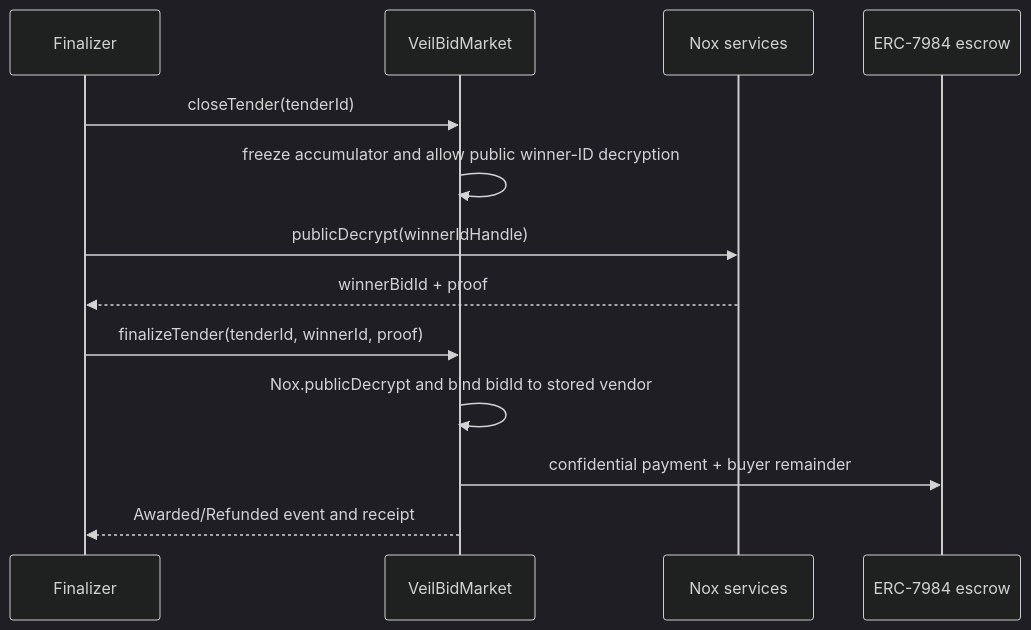
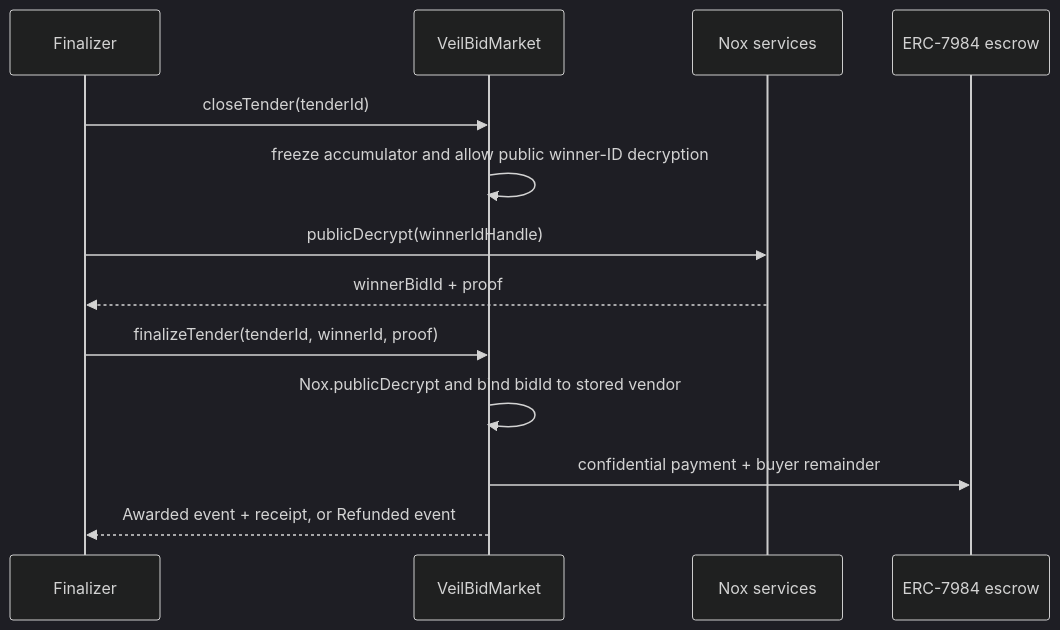
Before and after one commit to huutrungle2001/Veilbid: the second of 2 diagrams in docs/architecture.md, drawn with Mermaid (dark theme). The commit also changed other lines of this file and 7 other files, not shown here.

````diff
--- a/docs/architecture.md
+++ b/docs/architecture.md
@@ -124,16 +126,16 @@
 ```mermaid
 sequenceDiagram
     participant F as Finalizer
     participant M as VeilBidMarket
     participant N as Nox services
     participant E as ERC-7984 escrow
 
     F->>M: closeTender(tenderId)
     M->>M: freeze accumulator and allow public winner-ID decryption
     F->>N: publicDecrypt(winnerIdHandle)
     N-->>F: winnerBidId + proof
     F->>M: finalizeTender(tenderId, winnerId, proof)
     M->>M: Nox.publicDecrypt and bind bidId to stored vendor
     M->>E: confidential payment + buyer remainder
-    M-->>F: Awarded/Refunded event and receipt
+    M-->>F: Awarded event + receipt, or Refunded event
 ```
````
